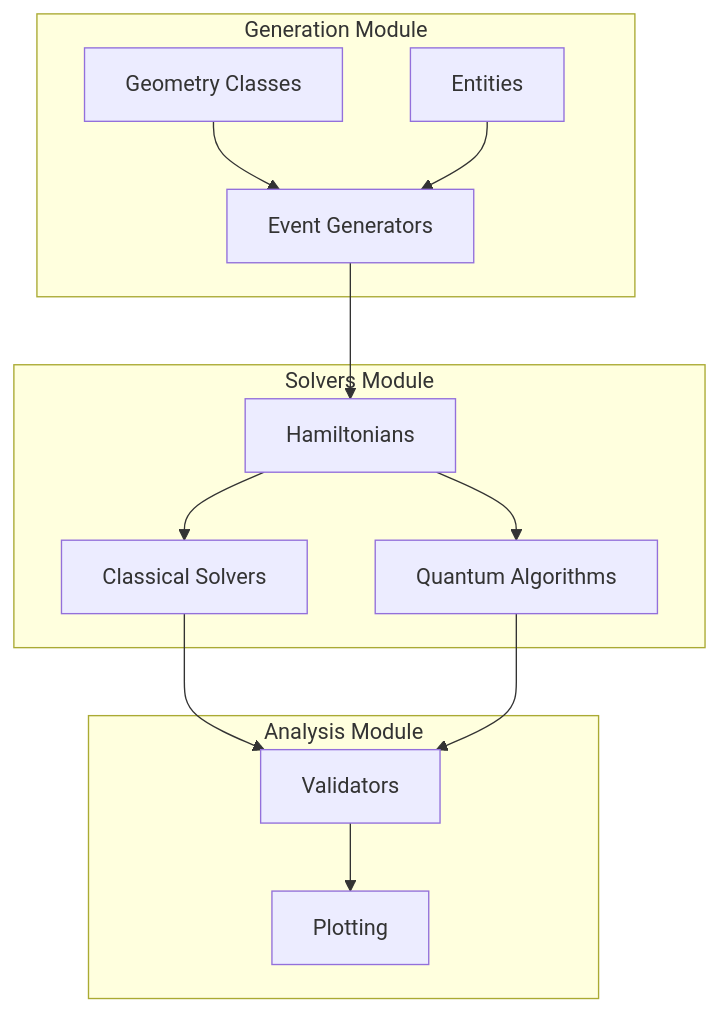
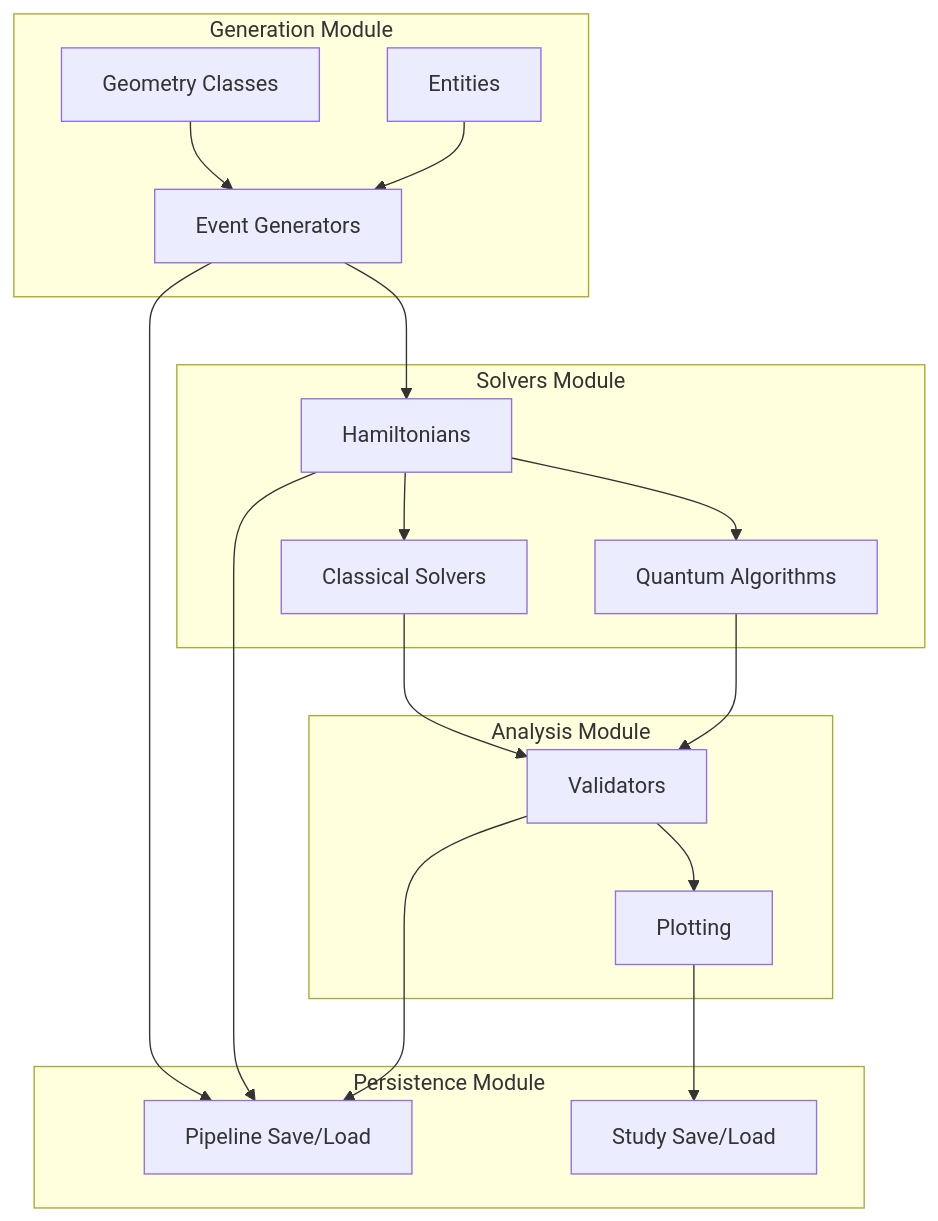
The first of 16 diagrams in docs/FLOW_DIAGRAMS.md (GeorgeWilliam1999/LHCb_VeLo_Toy_Model), drawn with Mermaid before and after one commit. The commit also changed other lines of this file and 22 other files, not shown here.

First line of the commit message:
Add persistence module and update documentation

````diff
--- a/docs/FLOW_DIAGRAMS.md
+++ b/docs/FLOW_DIAGRAMS.md
@@ -23,28 +24,38 @@
 ```mermaid
 graph TB
     subgraph generation["Generation Module"]
         GEO[Geometry Classes]
         EVG[Event Generators]
         DAT[Entities]
     end
     
     subgraph solvers["Solvers Module"]
         HAM[Hamiltonians]
         CLS[Classical Solvers]
         QUA[Quantum Algorithms]
     end
     
     subgraph analysis["Analysis Module"]
         VAL[Validators]
         PLT[Plotting]
     end
     
+    subgraph persistence["Persistence Module"]
+        PIP[Pipeline Save/Load]
+        STU[Study Save/Load]
+    end
+    
     GEO --> EVG
     DAT --> EVG
     EVG --> HAM
     HAM --> CLS
     HAM --> QUA
     CLS --> VAL
     QUA --> VAL
     VAL --> PLT
+    
+    EVG --> PIP
+    HAM --> PIP
+    VAL --> PIP
+    PLT --> STU
 ```
````
